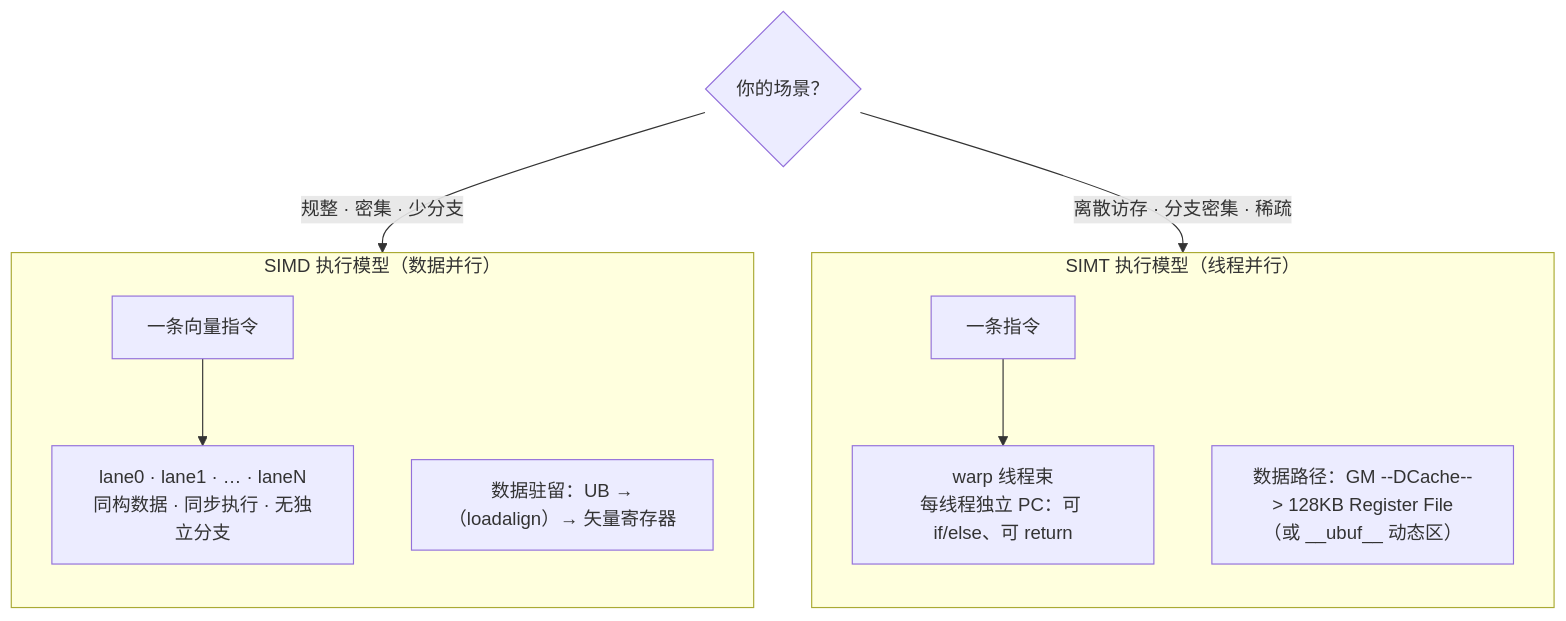
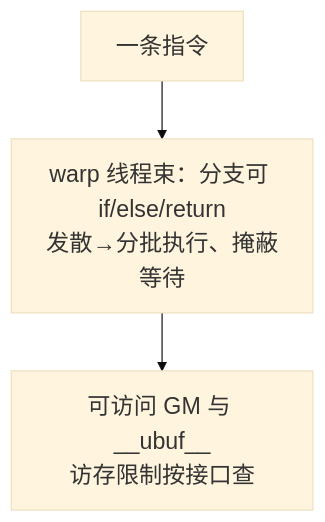
One commit to hb4ch/ascend-book changed the second of 3 diagrams in docs/03-ascendc/ch11-simd-simt.md. Above: the diagram before and after it, drawn with Mermaid. The commit also changed other lines of this file and 4 other files, not shown here.

Commit message:
docs(ch11): clarify SIMD SIMT architecture and synchronization

````diff
--- a/docs/03-ascendc/ch11-simd-simt.md
+++ b/docs/03-ascendc/ch11-simd-simt.md
@@ -97,15 +104,6 @@
 ```mermaid
+%%{init: {"theme":"base","themeVariables":{"fontSize":"20px"}}}%%
 flowchart TB
-    subgraph simd["SIMD 执行模型（数据并行）"]
-        direction TB
-        I1["一条向量指令"] --> L1["lane0 · lane1 · … · laneN<br/>同构数据 · 同步执行 · 无独立分支"]
-        D1["数据驻留：UB →（loadalign）→ 矢量寄存器"]
-    end
-    subgraph simt["SIMT 执行模型（线程并行）"]
-        direction TB
-        I2["一条指令"] --> T1["warp 线程束<br/>每线程独立 PC：可 if/else、可 return"]
-        D2["数据路径：GM --DCache--> 128KB Register File<br/>（或 __ubuf__ 动态区）"]
-    end
-    C1{"你的场景？"} -->|"规整 · 密集 · 少分支"| simd
-    C1 -->|"离散访存 · 分支密集 · 稀疏"| simt
+    I2["一条指令"] --> T1["warp 线程束：分支可 if/else/return<br/>发散→分批执行、掩蔽等待"]
+    T1 --> D2["可访问 GM 与 __ubuf__<br/>访存限制按接口查"]
 ```
````
